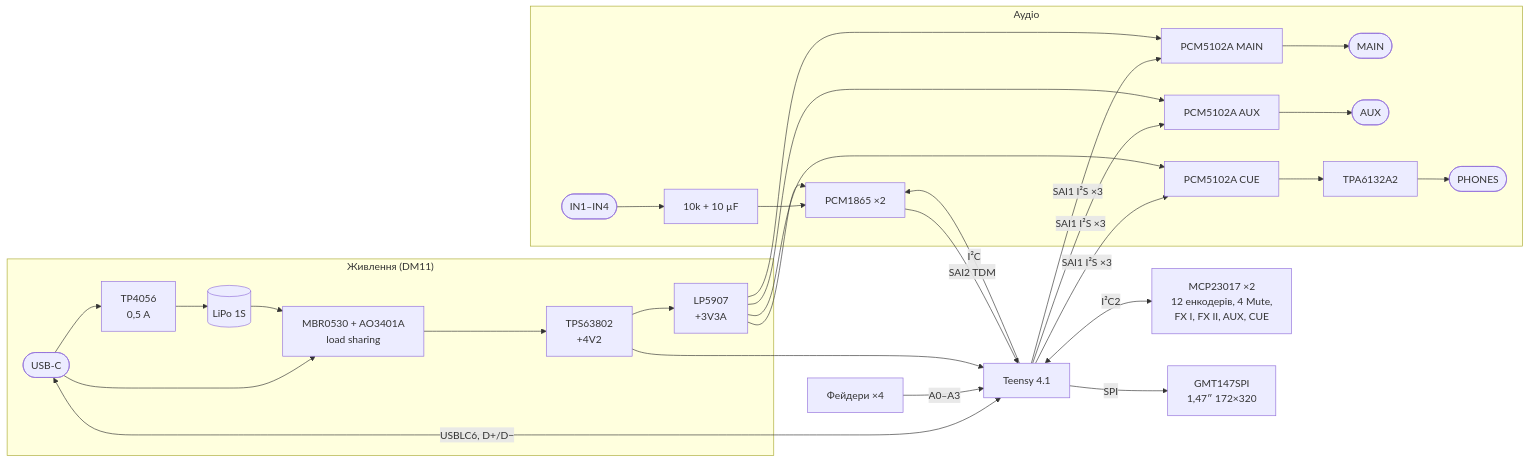
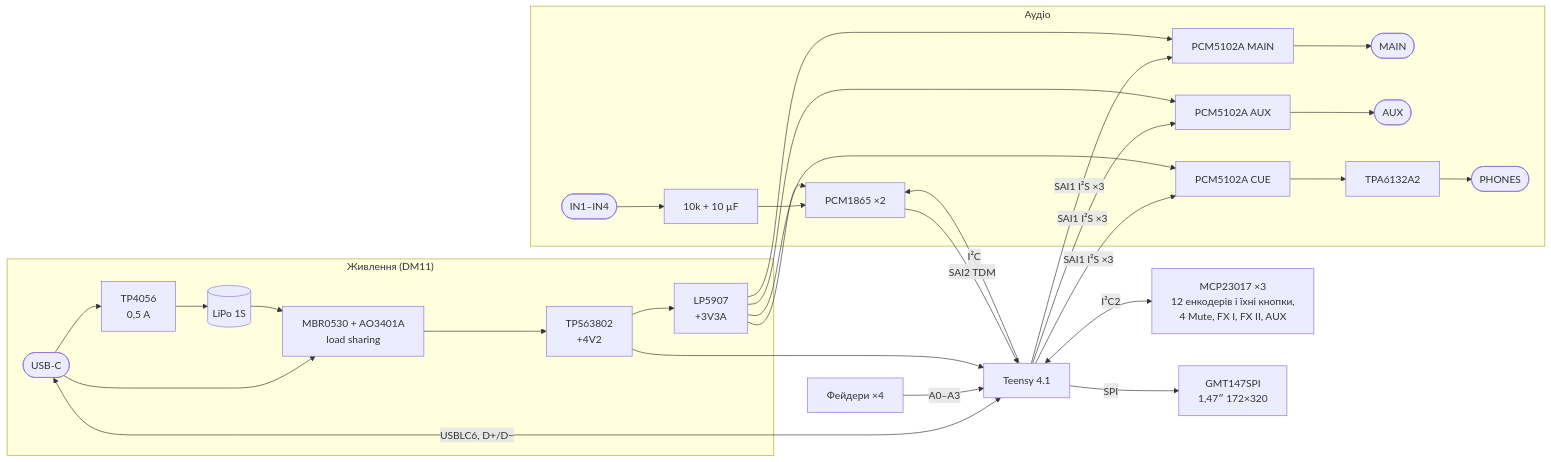
One commit to heartpolik/hardware-pocket-mixer changed the diagram in digital-mixer/docs/03-schematic.md. Above: the diagram before and after it, drawn with Mermaid. The commit also changed other lines of this file and 48 other files, not shown here.

````diff
--- a/digital-mixer/docs/03-schematic.md
+++ b/digital-mixer/docs/03-schematic.md
@@ -12,25 +11,25 @@
 ```mermaid
 flowchart LR
     subgraph PWR["Живлення (DM11)"]
         USB(["USB-C"]) --> CHG["TP4056<br/>0,5 A"] --> BAT[("LiPo 1S")]
         USB --> LS["MBR0530 + AO3401A<br/>load sharing"]
         BAT --> LS --> BB["TPS63802<br/>+4V2"]
         BB --> LDO["LP5907<br/>+3V3A"]
     end
     subgraph AUD["Аудіо"]
         IN(["IN1–IN4"]) --> RC["10k + 10 µF"] --> ADC["PCM1865 ×2"]
         DAC1["PCM5102A MAIN"] --> OM(["MAIN"])
         DAC2["PCM5102A AUX"] --> OA(["AUX"])
         DAC3["PCM5102A CUE"] --> HP["TPA6132A2"] --> OP(["PHONES"])
     end
     T["Teensy 4.1"]
     ADC -->|"SAI2 TDM"| T
     T -->|"SAI1 I²S ×3"| DAC1 & DAC2 & DAC3
     USB <-->|"USBLC6, D+/D−"| T
-    T <-->|"I²C2"| MCP["MCP23017 ×2<br/>12 енкодерів, 4 Mute,<br/>FX I, FX II, AUX, CUE"]
+    T <-->|"I²C2"| MCP["MCP23017 ×3<br/>12 енкодерів і їхні кнопки,<br/>4 Mute, FX I, FX II, AUX"]
     T -->|"SPI"| LCD["GMT147SPI<br/>1,47″ 172×320"]
     T -->|"I²C"| ADC
     FAD["Фейдери ×4"] -->|"A0–A3"| T
     BB --> T
     LDO --> ADC & DAC1 & DAC2 & DAC3
 ```
````
